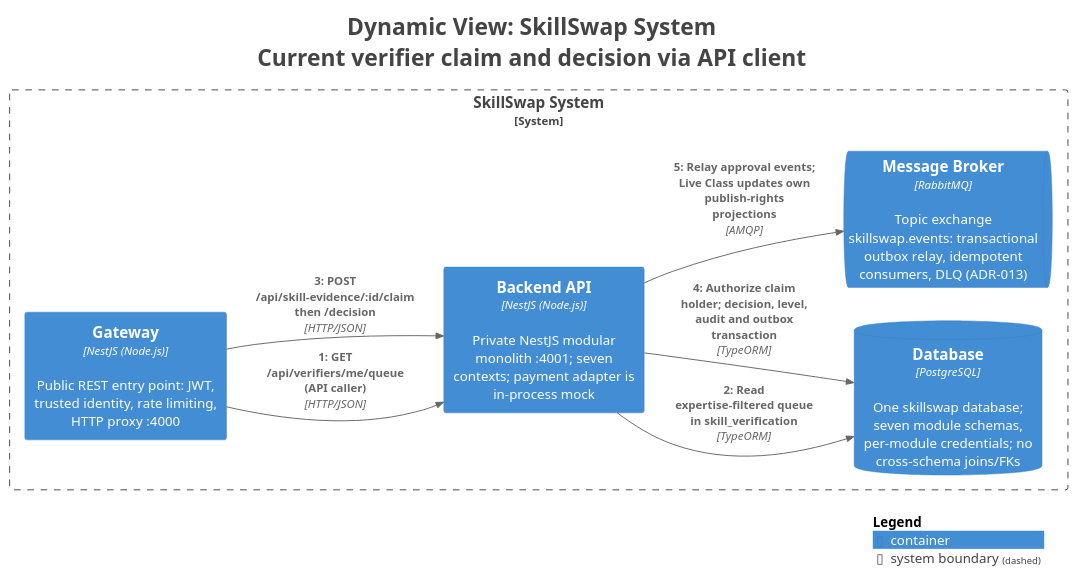
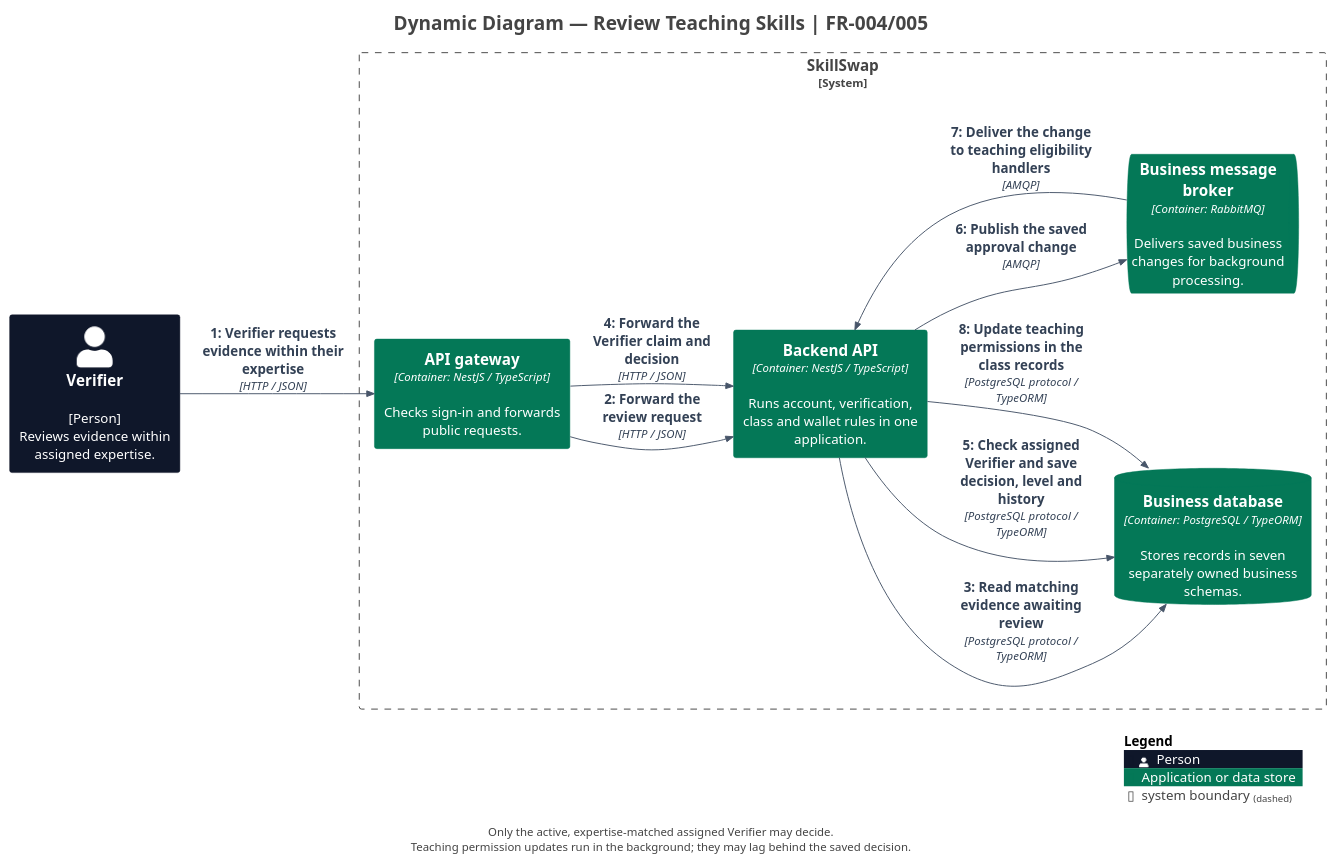
Before and after one commit to trankien022/SkillSwap: the diagram in docs/diagrams/c4/source/structurizr-VerificationFlow.puml, drawn with PlantUML. The commit also changed 62 other files, not shown here.

First line of the commit message:
docs(diagrams): refresh diagrams against current code (#77)

```diff
--- a/docs/diagrams/c4/source/structurizr-VerificationFlow.puml
+++ b/docs/diagrams/c4/source/structurizr-VerificationFlow.puml
@@ -1,33 +1,53 @@
 @startuml
-title <size:24>Dynamic View: SkillSwap System</size>\n<size:24>Current verifier claim and decision via API client</size>
+title Dynamic Diagram — Review Teaching Skills | FR-004/005
 
 set separator none
 left to right direction
 
 <style>
   root {
     BackgroundColor: #ffffff
     FontColor: #444444
   }
 </style>
 
 !include <C4/C4>
 !include <C4/C4_Context>
 !include <C4/C4_Container>
 
-System_Boundary("SkillSwapSystem_boundary", "SkillSwap System", $tags="") {
-  ContainerDb(SkillSwapSystem.Database, "Database", $techn="PostgreSQL", $descr="One skillswap database; seven module schemas, per-module credentials; no cross-schema joins/FKs", $tags="", $link="")
-  ContainerQueue(SkillSwapSystem.MessageBroker, "Message Broker", $techn="RabbitMQ", $descr="Topic exchange skillswap.events: transactional outbox relay, idempotent consumers, DLQ (ADR-013)", $tags="", $link="")
-  Container(SkillSwapSystem.Gateway, "Gateway", $techn="NestJS (Node.js)", $descr="Public REST entry point: JWT, trusted identity, rate limiting, HTTP proxy :4000", $tags="", $link="")
-  Container(SkillSwapSystem.BackendAPI, "Backend API", $techn="NestJS (Node.js)", $descr="Private NestJS modular monolith :4001; seven contexts; payment adapter is in-process mock", $tags="", $link="")
+' Presentation only: model elements and relationships come from workspace.dsl.
+skinparam defaultFontName Arial
+skinparam defaultFontSize 14
+skinparam shadowing false
+skinparam nodesep 35
+skinparam ranksep 45
+skinparam footerFontSize 12
+skinparam titleFontSize 20
+UpdateElementStyle("person", $bgColor="#0F172A", $fontColor="#FFFFFF", $borderColor="#0F172A", $legendText="Person")
+UpdateElementStyle("system", $bgColor="#047857", $fontColor="#FFFFFF", $borderColor="#047857", $legendText="Software system in scope")
+UpdateElementStyle("external_system", $bgColor="#64748B", $fontColor="#FFFFFF", $borderColor="#64748B", $legendText="Supporting software system")
+UpdateElementStyle("container", $bgColor="#047857", $fontColor="#FFFFFF", $borderColor="#047857", $legendText="Application or data store")
+UpdateRelStyle($lineColor="#475569", $textColor="#334155")
+AddElementTag("Demo", $bgColor="#F1F5F9", $fontColor="#0F172A", $borderColor="#64748B", $legendText="Demonstration client (local booking data)")
+
+System_Boundary("SkillSwap_boundary", "SkillSwap", $tags="") {
+  Container(SkillSwap.APIgateway, "API gateway", $techn="Container: NestJS / TypeScript", $descr="Checks sign-in and forwards public requests.", $tags="", $link="")
+  Container(SkillSwap.BackendAPI, "Backend API", $techn="Container: NestJS / TypeScript", $descr="Runs account, verification, class and wallet rules in one application.", $tags="", $link="")
+  ContainerDb(SkillSwap.Businessdatabase, "Business database", $techn="Container: PostgreSQL / TypeORM", $descr="Stores records in seven separately owned business schemas.", $tags="", $link="")
+  ContainerQueue(SkillSwap.Businessmessagebroker, "Business message broker", $techn="Container: RabbitMQ", $descr="Delivers saved business changes for background processing.", $tags="", $link="")
 }
 
-Rel(SkillSwapSystem.Gateway, SkillSwapSystem.BackendAPI, "1: GET /api/verifiers/me/queue (API caller)", $techn="HTTP/JSON", $tags="", $link="")
-Rel(SkillSwapSystem.BackendAPI, SkillSwapSystem.Database, "2: Read expertise-filtered queue in skill_verification", $techn="TypeORM", $tags="", $link="")
-Rel(SkillSwapSystem.Gateway, SkillSwapSystem.BackendAPI, "3: POST /api/skill-evidence/:id/claim then /decision", $techn="HTTP/JSON", $tags="", $link="")
-Rel(SkillSwapSystem.BackendAPI, SkillSwapSystem.Database, "4: Authorize claim holder; decision, level, audit and outbox transaction", $techn="TypeORM", $tags="", $link="")
-Rel(SkillSwapSystem.BackendAPI, SkillSwapSystem.MessageBroker, "5: Relay approval events; Live Class updates own publish-rights projections", $techn="AMQP", $tags="", $link="")
+Person(Verifier, "Verifier", $descr="[Person]\nReviews evidence within assigned expertise.", $tags="", $link="")
 
-SHOW_LEGEND(true)
-hide stereotypes
+Rel(Verifier, SkillSwap.APIgateway, "1: Verifier requests evidence within their expertise", $techn="HTTP / JSON", $tags="", $link="")
+Rel(SkillSwap.APIgateway, SkillSwap.BackendAPI, "2: Forward the review request", $techn="HTTP / JSON", $tags="", $link="")
+Rel(SkillSwap.BackendAPI, SkillSwap.Businessdatabase, "3: Read matching evidence awaiting review", $techn="PostgreSQL protocol / TypeORM", $tags="", $link="")
+Rel(SkillSwap.APIgateway, SkillSwap.BackendAPI, "4: Forward the Verifier claim and decision", $techn="HTTP / JSON", $tags="", $link="")
+Rel(SkillSwap.BackendAPI, SkillSwap.Businessdatabase, "5: Check assigned Verifier and save decision, level and history", $techn="PostgreSQL protocol / TypeORM", $tags="", $link="")
+Rel(SkillSwap.BackendAPI, SkillSwap.Businessmessagebroker, "6: Publish the saved approval change", $techn="AMQP", $tags="", $link="")
+Rel(SkillSwap.Businessmessagebroker, SkillSwap.BackendAPI, "7: Deliver the change to teaching eligibility handlers", $techn="AMQP", $tags="", $link="")
+Rel(SkillSwap.BackendAPI, SkillSwap.Businessdatabase, "8: Update teaching permissions in the class records", $techn="PostgreSQL protocol / TypeORM", $tags="", $link="")
+
+SHOW_LEGEND()
+footer Only the active, expertise-matched assigned Verifier may decide.\nTeaching permission updates run in the background; they may lag behind the saved decision.
 @enduml
```
